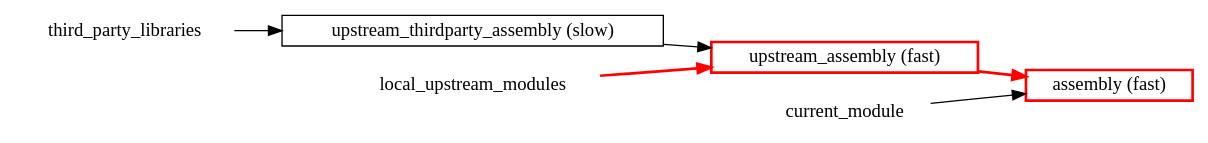
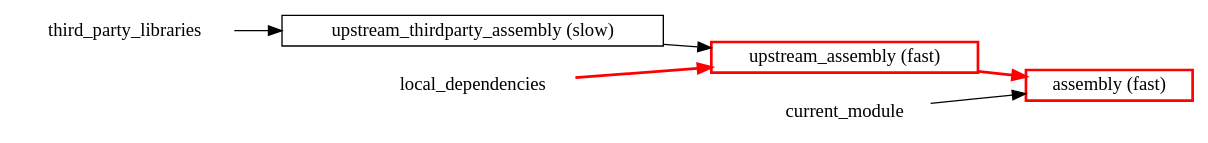
Before and after one commit to com-lihaoyi/mill: the fourth of 7 diagrams in website/blog/modules/ROOT/pages/9-mill-faster-assembly-jars.adoc, drawn with Graphviz. The commit also changed other lines of this file, not shown here.

````diff
--- a/website/blog/modules/ROOT/pages/9-mill-faster-assembly-jars.adoc
+++ b/website/blog/modules/ROOT/pages/9-mill-faster-assembly-jars.adoc
@@ -434,16 +423,16 @@
 ```graphviz
 digraph G {
   rankdir=LR
   node [shape=box width=0 height=0]
   third_party_libraries -> "upstream_thirdparty_assembly (slow)"
   "upstream_thirdparty_assembly (slow)" -> "upstream_assembly (fast)"
-  local_upstream_modules -> "upstream_assembly (fast)" [color=red penwidth=2]
+  local_dependencies -> "upstream_assembly (fast)" [color=red penwidth=2]
   "upstream_assembly (fast)" -> "assembly (fast)" [color=red penwidth=2]
   current_module -> "assembly (fast)"
   third_party_libraries [shape=none]
-  local_upstream_modules [shape=none]
+  local_dependencies [shape=none]
   current_module [shape=none]
   "upstream_assembly (fast)" [color=red penwidth=2]
   "assembly (fast)"  [color=red penwidth=2]
 }
 ```
````
